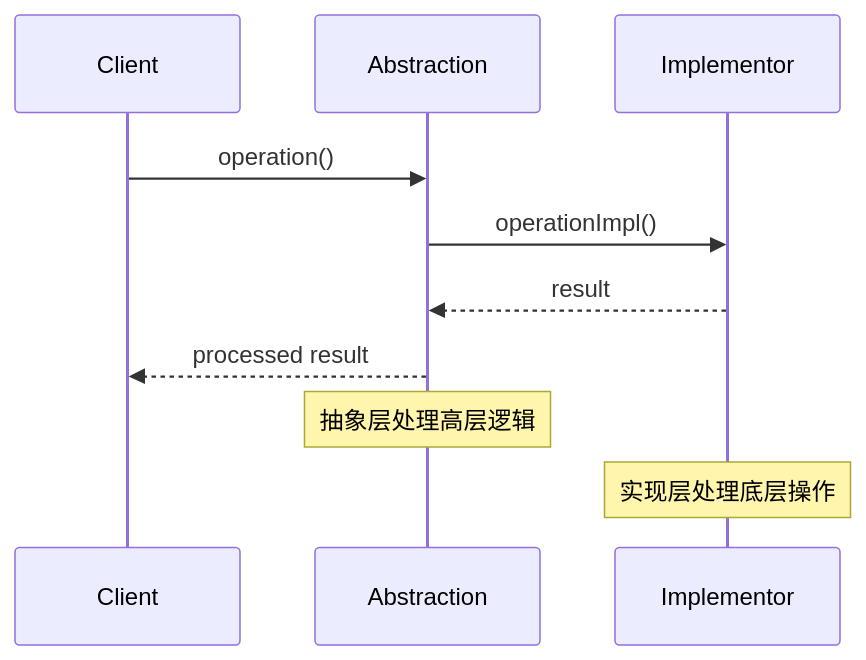
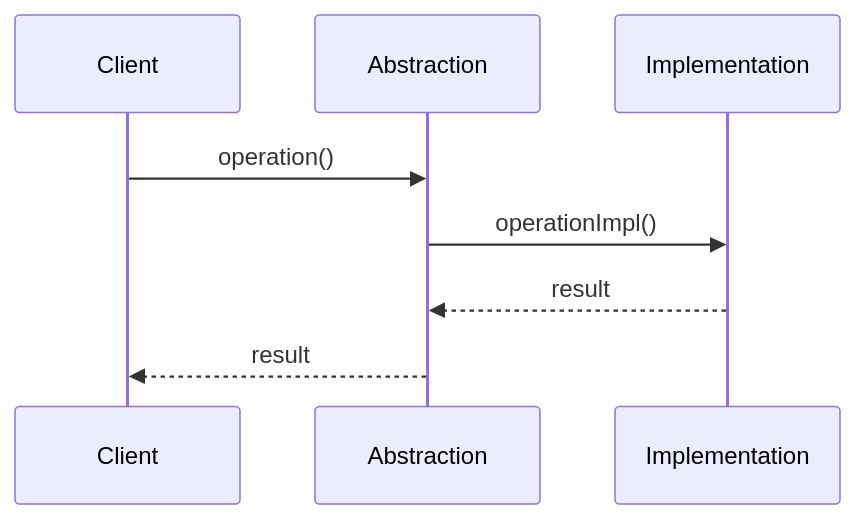
The second of 2 diagrams in resources/design-patterns/laravel/structural/bridge_zh.md (fanly/DesignPattern), drawn with Mermaid before and after one commit. The commit also changed other lines of this file and 103 other files, not shown here.

````diff
--- a/resources/design-patterns/laravel/structural/bridge_zh.md
+++ b/resources/design-patterns/laravel/structural/bridge_zh.md
@@ -101,14 +411,11 @@
 ```mermaid
 sequenceDiagram
     participant Client
     participant Abstraction
-    participant Implementor
+    participant Implementation
     
     Client->>Abstraction: operation()
-    Abstraction->>Implementor: operationImpl()
-    Implementor-->>Abstraction: result
-    Abstraction-->>Client: processed result
-    
-    Note over Abstraction: 抽象层处理高层逻辑
-    Note over Implementor: 实现层处理底层操作
+    Abstraction->>Implementation: operationImpl()
+    Implementation-->>Abstraction: result
+    Abstraction-->>Client: result
 ```
````
